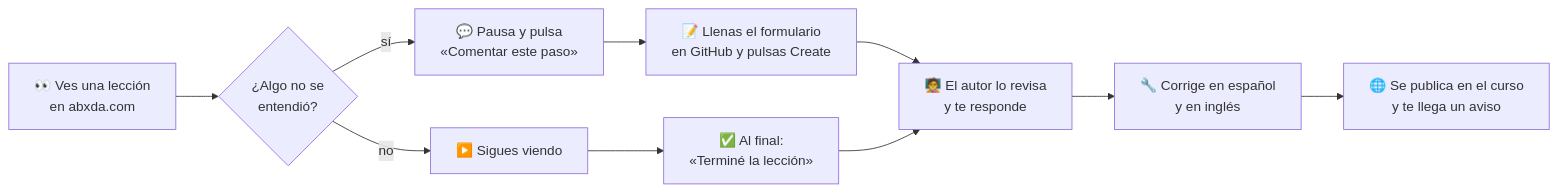
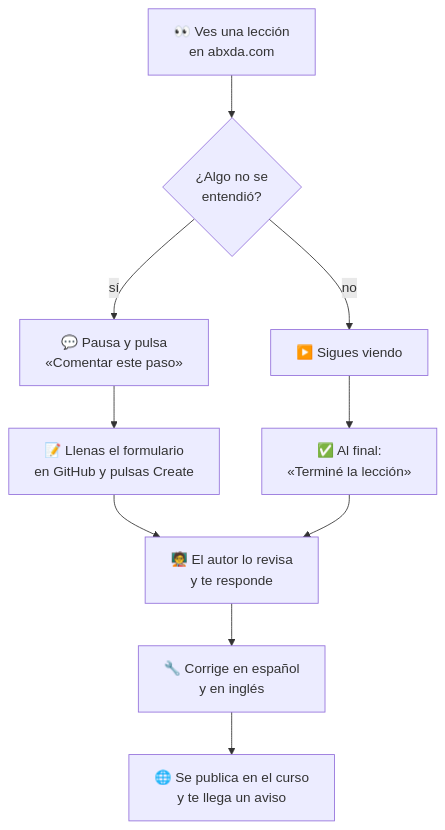
One commit to abxda/abxda-academy changed the diagram in REVISION.md. Above: the diagram before and after it, drawn with Mermaid. The commit also changed 1 other file, not shown here.

Commit message:
Guía de revisión: diagrama vertical, más legible

````diff
--- a/REVISION.md
+++ b/REVISION.md
@@ -15,12 +15,12 @@
 ```mermaid
-flowchart LR
+flowchart TD
   A["👀 Ves una lección<br/>en abxda.com"] --> B{"¿Algo no se<br/>entendió?"}
   B -- "sí" --> C["💬 Pausa y pulsa<br/>«Comentar este paso»"]
   C --> D["📝 Llenas el formulario<br/>en GitHub y pulsas Create"]
   B -- "no" --> E["▶️ Sigues viendo"]
   E --> F["✅ Al final:<br/>«Terminé la lección»"]
   D --> G["🧑‍🏫 El autor lo revisa<br/>y te responde"]
   F --> G
   G --> H["🔧 Corrige en español<br/>y en inglés"]
   H --> I["🌐 Se publica en el curso<br/>y te llega un aviso"]
 ```
````
